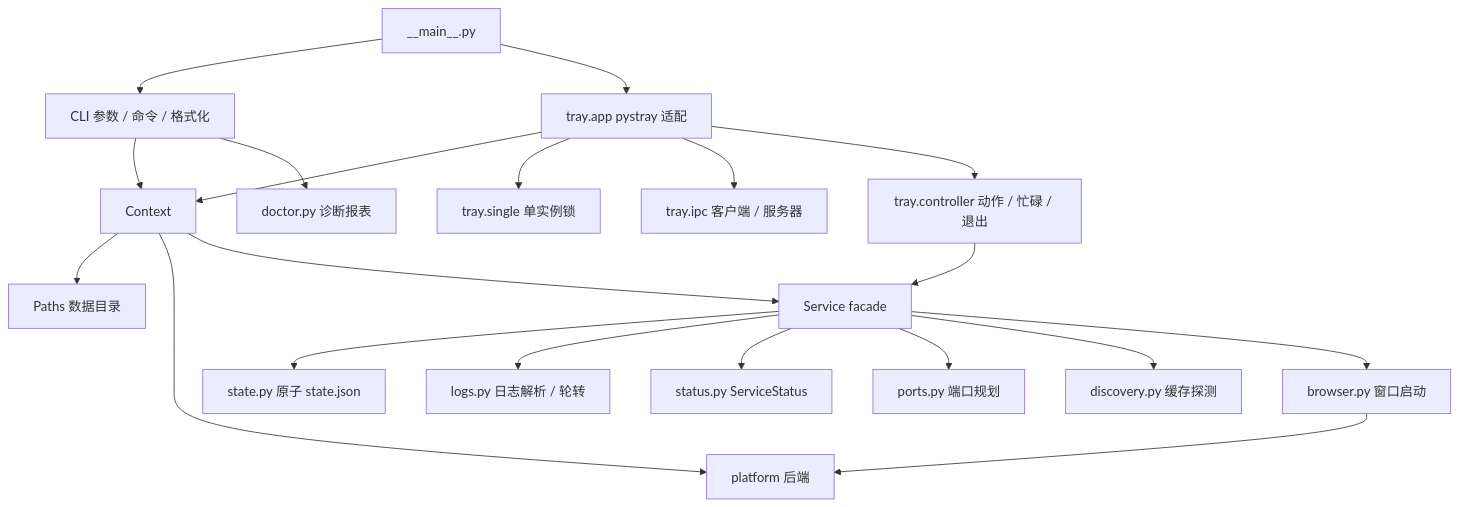
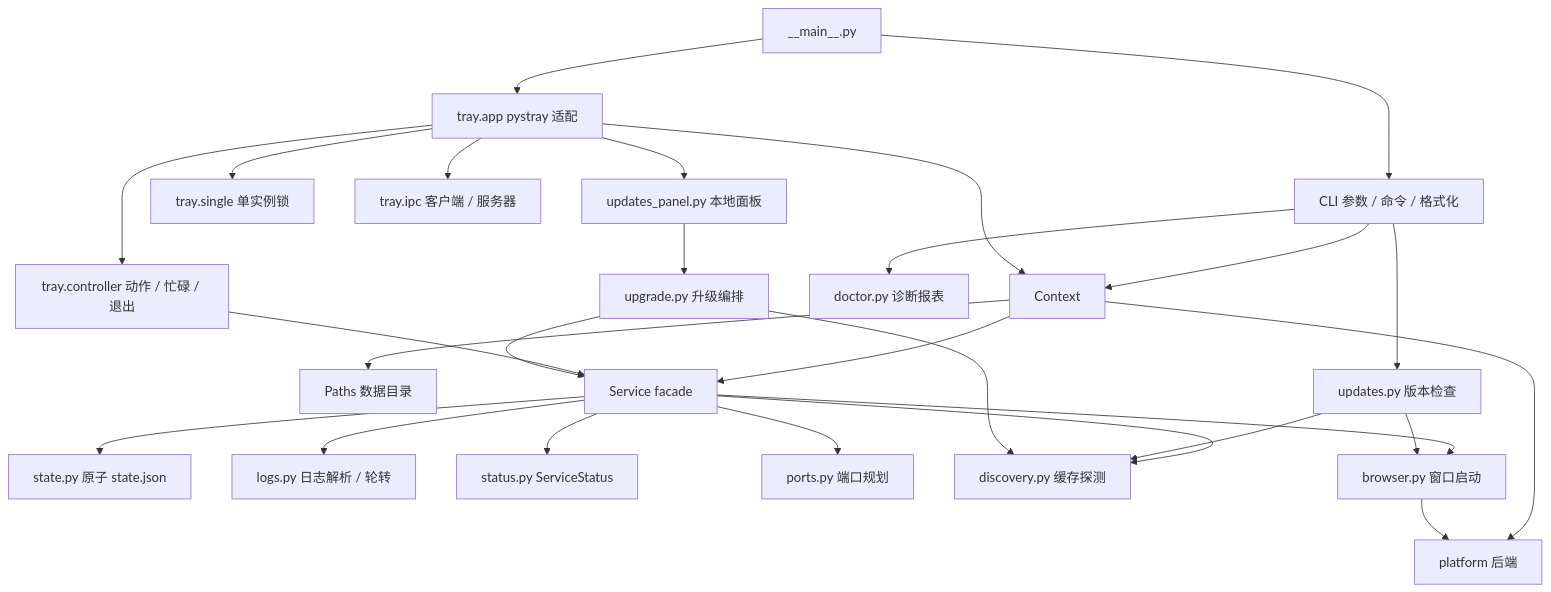
One commit to zou-jun/dshlauncher changed the diagram in docs/architecture.md. Above: the diagram before and after it, drawn with Mermaid. The commit also changed other lines of this file and 18 other files, not shown here.

First line of the commit message:
feat(updates): add update check and upgrade panel

````diff
--- a/docs/architecture.md
+++ b/docs/architecture.md
@@ -9,22 +9,29 @@
 ```mermaid
 graph TD
   Entry[__main__.py] --> CLI[CLI 参数 / 命令 / 格式化]
   Entry --> Tray[tray.app pystray 适配]
   CLI --> Ctx[Context]
   Tray --> Ctx
   Ctx --> Paths[Paths 数据目录]
   Ctx --> Backend[platform 后端]
   Ctx --> Svc[Service facade]
   Svc --> State[state.py 原子 state.json]
   Svc --> Logs[logs.py 日志解析 / 轮转]
   Svc --> Status[status.py ServiceStatus]
   Svc --> Ports[ports.py 端口规划]
   Svc --> Disc[discovery.py 缓存探测]
   Svc --> Browser[browser.py 窗口启动]
   Browser --> Backend
   Tray --> Single[tray.single 单实例锁]
   Tray --> IPC[tray.ipc 客户端 / 服务器]
   Tray --> Ctrl[tray.controller 动作 / 忙碌 / 退出]
   Ctrl --> Svc
   CLI --> Doctor[doctor.py 诊断报表]
+  CLI --> Upd[updates.py 版本检查]
+  Tray --> Panel[updates_panel.py 本地面板]
+  Panel --> Upg[upgrade.py 升级编排]
+  Upd --> Disc
+  Upd --> Browser
+  Upg --> Svc
+  Upg --> Disc
 ```
````
